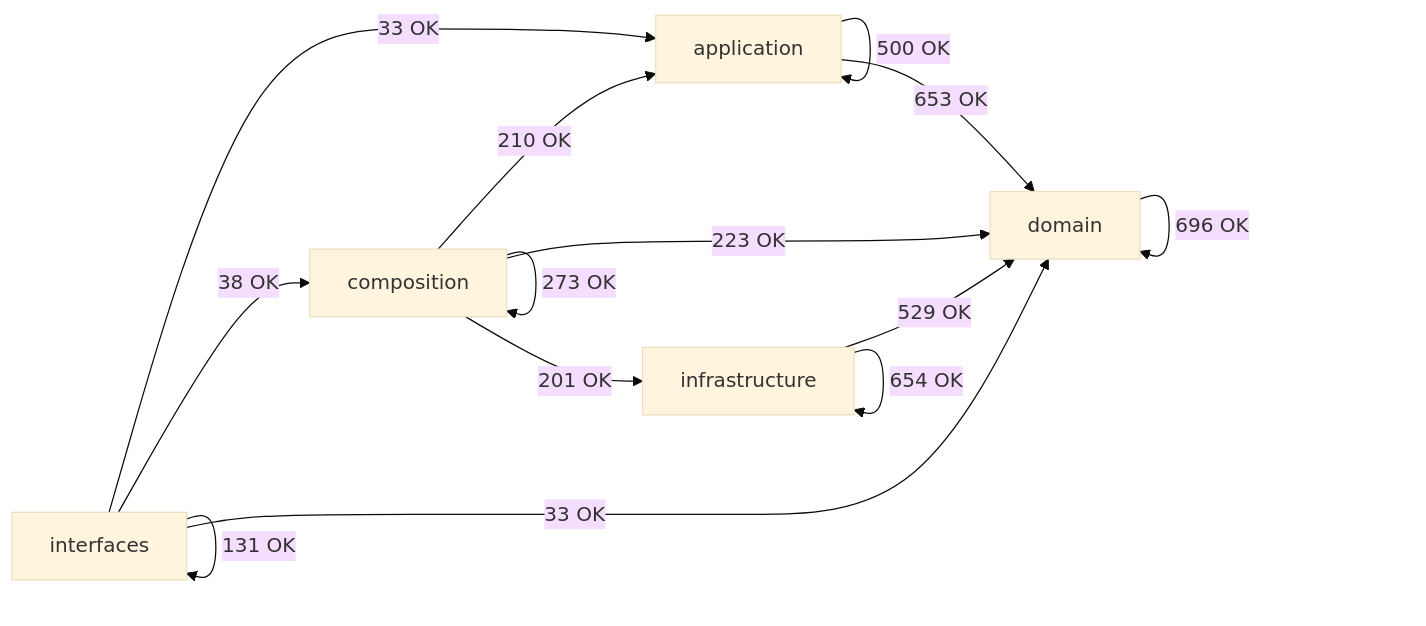
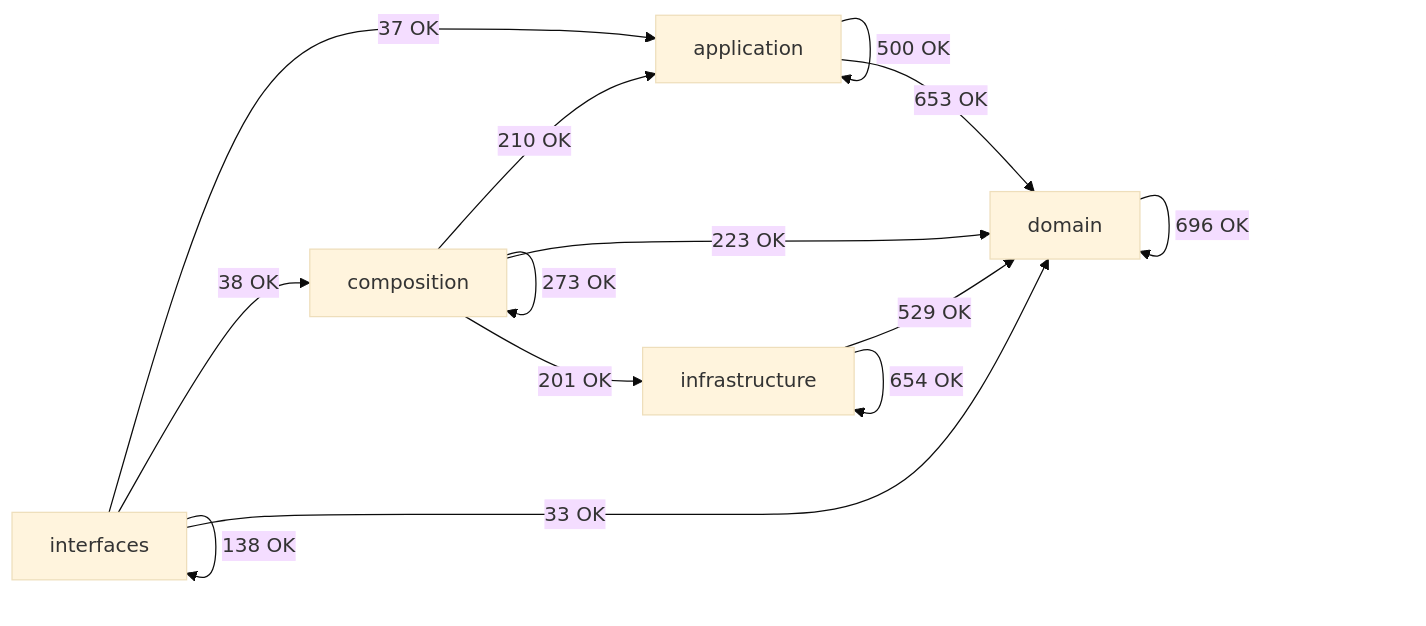
Before and after one commit to SatoryKono/BioactivityDataAcquisition: the diagram in docs/02-architecture/generated/module-dependency-map.md, drawn with Mermaid (base theme). The commit also changed other lines of this file and 7 other files, not shown here.

````diff
--- a/docs/02-architecture/generated/module-dependency-map.md
+++ b/docs/02-architecture/generated/module-dependency-map.md
@@ -16,21 +16,21 @@
 ```mermaid
 flowchart LR
     domain[domain]
     application[application]
     infrastructure[infrastructure]
     composition[composition]
     interfaces[interfaces]
     application -->|500 OK| application
     application -->|653 OK| domain
     composition -->|210 OK| application
     composition -->|273 OK| composition
     composition -->|223 OK| domain
     composition -->|201 OK| infrastructure
     domain -->|696 OK| domain
     infrastructure -->|529 OK| domain
     infrastructure -->|654 OK| infrastructure
-    interfaces -->|33 OK| application
+    interfaces -->|37 OK| application
     interfaces -->|38 OK| composition
     interfaces -->|33 OK| domain
-    interfaces -->|131 OK| interfaces
+    interfaces -->|138 OK| interfaces
 ```
````
